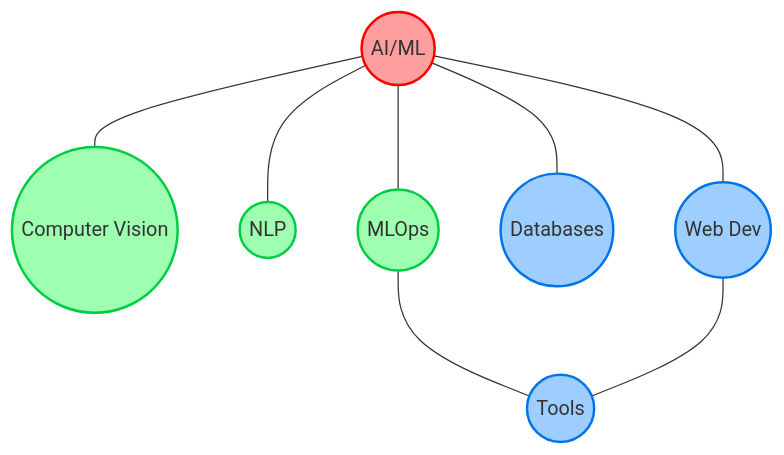
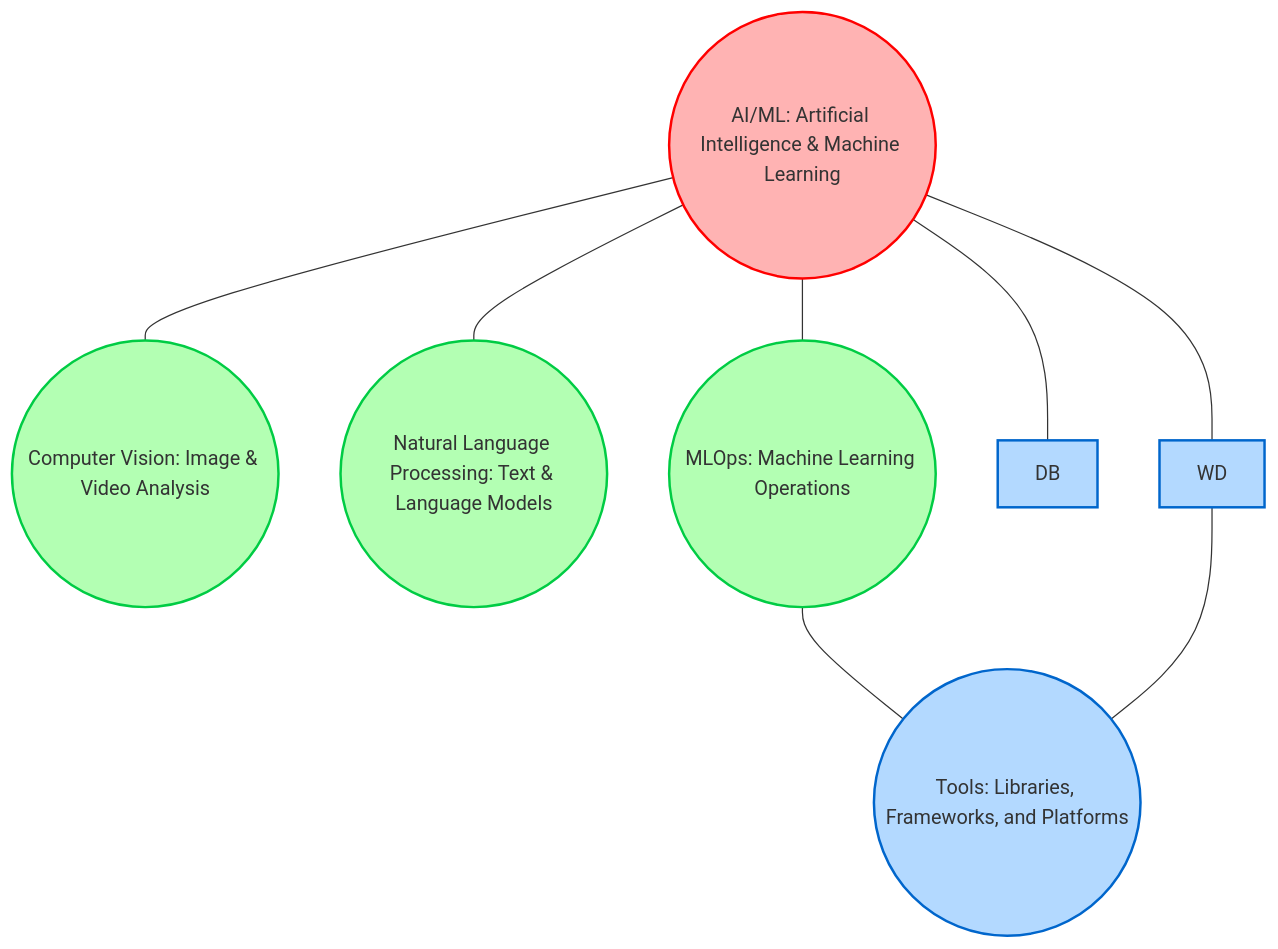
One commit to ennajari/ennajari changed the eighth of 8 diagrams in README.md. Above: the diagram before and after it, drawn with Mermaid. The commit also changed other lines of this file, not shown here.

````diff
--- a/README.md
+++ b/README.md
@@ -286,26 +295,25 @@
   ```mermaid
-  graph TD
-    AI((AI/ML))
-    CV((Computer Vision))
-    NLP((NLP))
-    WD((Web Dev))
-    DB((Databases))
-    MLOps((MLOps))
-    Tools((Tools))
+graph TD
+    AI((AI/ML: Artificial Intelligence & Machine Learning))
+    CV((Computer Vision: Image & Video Analysis))
+    NLP((Natural Language Processing: Text & Language Models))
+    MLOps((MLOps: Machine Learning Operations))
+    Tools((Tools: Libraries, Frameworks, and Platforms))
     
     AI --- CV
     AI --- NLP
     AI --- DB
     AI --- MLOps
     AI --- WD
     MLOps --- Tools
     WD --- Tools
     
-    classDef main fill:#ff9e9e,stroke:#ff0000,stroke-width:2px
-    classDef major fill:#9effb1,stroke:#00cc44,stroke-width:2px
-    classDef minor fill:#9eceff,stroke:#0073e6,stroke-width:2px
+    classDef main fill:#ffb3b3,stroke:#ff0000,stroke-width:2px
+    classDef major fill:#b3ffb3,stroke:#00cc44,stroke-width:2px
+    classDef minor fill:#b3d9ff,stroke:#0066cc,stroke-width:2px
     
     class AI main
     class CV,NLP,MLOps major
     class WD,DB,Tools minor
+
   ```
````
